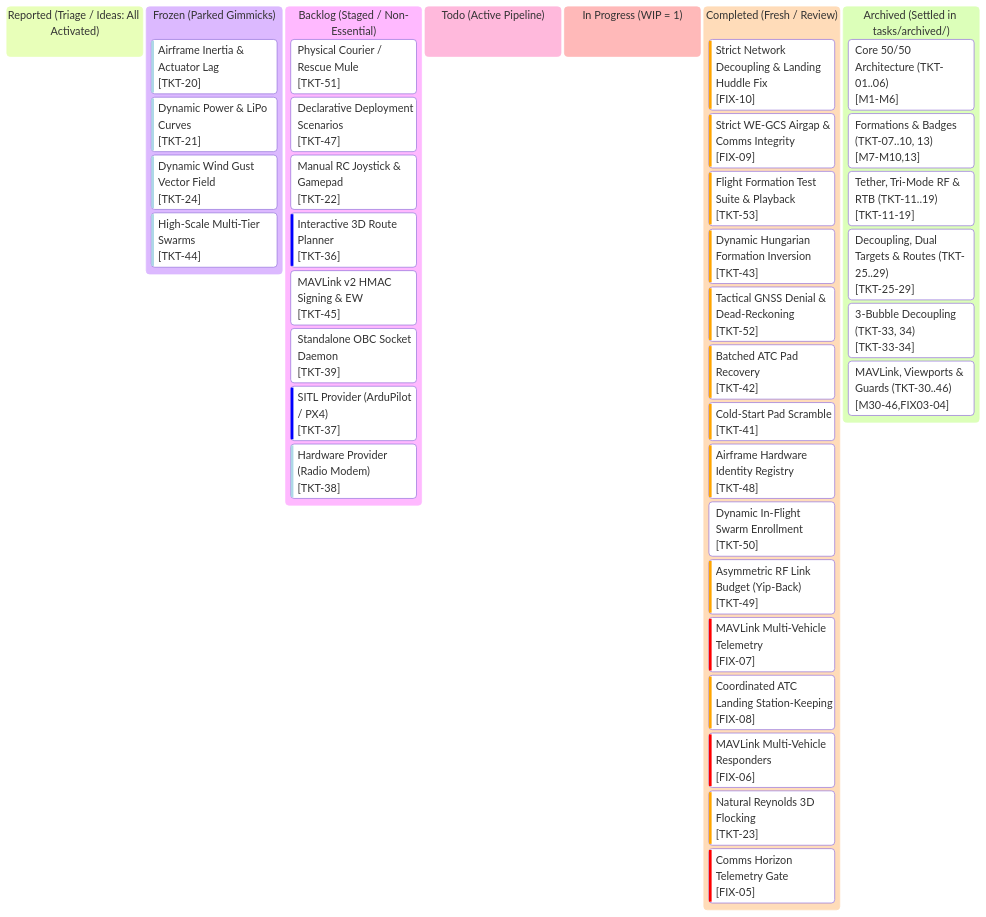
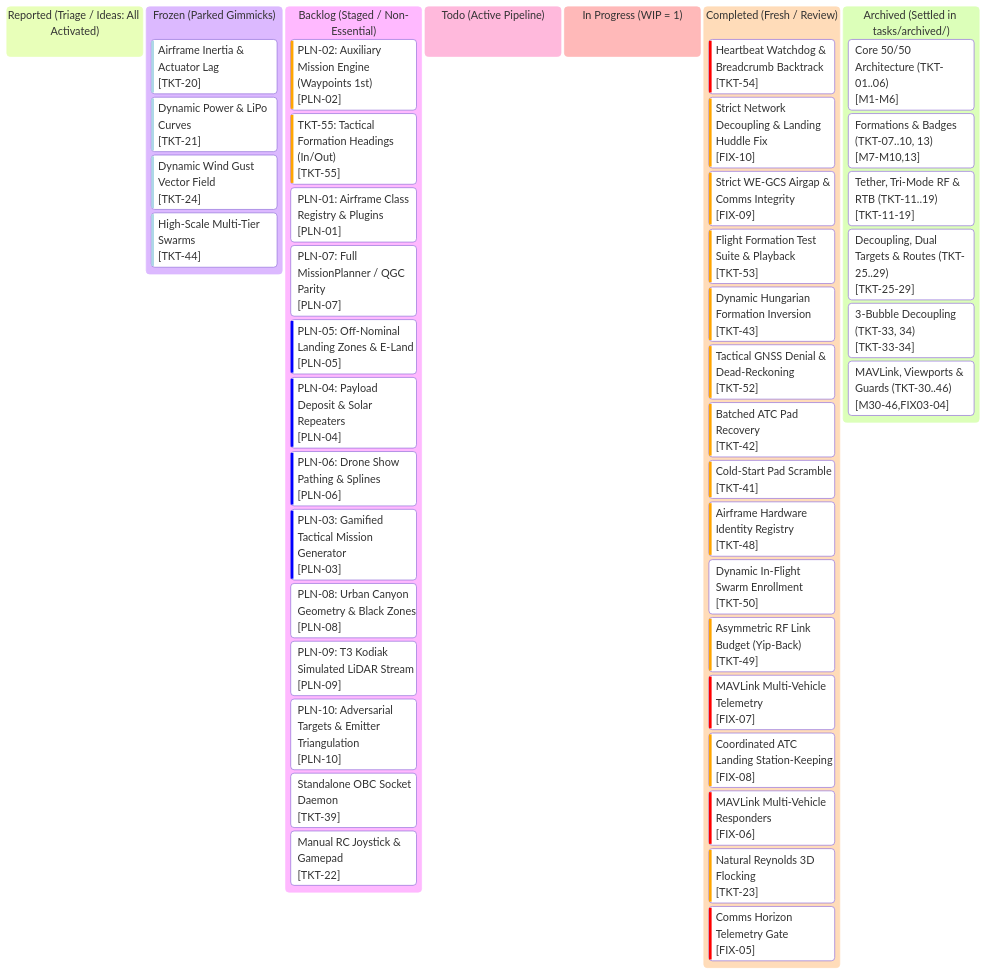
The diagram in kanban.md (AlitheiaDeus/AlitheiaHive), drawn with Mermaid before and after one commit. The commit also changed other lines of this file and 17 other files, not shown here.

First line of the commit message:
feat(tkt-54): implement heartbeat watchdog, breadcrumb backtrack & zero-range peeking purge

````diff
--- a/kanban.md
+++ b/kanban.md
@@ -10,63 +10,70 @@
 ```mermaid
 %%{init: {
   'theme': 'base',
   'themeVariables': {
     'primaryColor': '#0d2235',
     'primaryTextColor': '#d4f4ff',
     'primaryBorderColor': '#00f0ff',
     'lineColor': '#00f0ff',
     'background': '#061019',
     'mainBkg': '#0a1926',
     'secondaryColor': '#081420',
     'secondaryTextColor': '#5a7e96',
     'secondaryBorderColor': '#134e6f',
     'tertiaryColor': '#0e263d',
     'tertiaryTextColor': '#00ffaa',
     'tertiaryBorderColor': '#00ffaa',
     'clusterBkg': '#081420',
     'clusterBorder': '#134e6f',
     'fontFamily': "'JetBrains Mono', 'Courier New', monospace"
   }
 }}%%
 kanban
   reported["Reported (Triage / Ideas: All Activated)"]
   frozen["Frozen (Parked Gimmicks)"]
     tkt20["Airframe Inertia & Actuator Lag"]@{ ticket: '[TKT-20]', priority: 'Very Low' }
     tkt21["Dynamic Power & LiPo Curves"]@{ ticket: '[TKT-21]', priority: 'Very Low' }
     tkt24["Dynamic Wind Gust Vector Field"]@{ ticket: '[TKT-24]', priority: 'Very Low' }
     tkt44["High-Scale Multi-Tier Swarms"]@{ ticket: '[TKT-44]', priority: 'Very Low' }
   backlog["Backlog (Staged / Non-Essential)"]
-    tkt51["Physical Courier / Rescue Mule"]@{ ticket: '[TKT-51]', priority: 'Medium' }
-    tkt47["Declarative Deployment Scenarios"]@{ ticket: '[TKT-47]', priority: 'Medium' }
+    pln02["PLN-02: Auxiliary Mission Engine (Waypoints 1st)"]@{ ticket: '[PLN-02]', priority: 'High' }
+    tkt55["TKT-55: Tactical Formation Headings (In/Out)"]@{ ticket: '[TKT-55]', priority: 'High' }
+    pln01["PLN-01: Airframe Class Registry & Plugins"]@{ ticket: '[PLN-01]', priority: 'Medium' }
+    pln07["PLN-07: Full MissionPlanner / QGC Parity"]@{ ticket: '[PLN-07]', priority: 'Medium' }
+    pln05["PLN-05: Off-Nominal Landing Zones & E-Land"]@{ ticket: '[PLN-05]', priority: 'Low' }
+    pln04["PLN-04: Payload Deposit & Solar Repeaters"]@{ ticket: '[PLN-04]', priority: 'Low' }
+    pln06["PLN-06: Drone Show Pathing & Splines"]@{ ticket: '[PLN-06]', priority: 'Low' }
+    pln03["PLN-03: Gamified Tactical Mission Generator"]@{ ticket: '[PLN-03]', priority: 'Low' }
+    pln08["PLN-08: Urban Canyon Geometry & Black Zones"]@{ ticket: '[PLN-08]', priority: 'Medium' }
+    pln09["PLN-09: T3 Kodiak Simulated LiDAR Stream"]@{ ticket: '[PLN-09]', priority: 'Medium' }
+    pln10["PLN-10: Adversarial Targets & Emitter Triangulation"]@{ ticket: '[PLN-10]', priority: 'Medium' }
+    tkt39["Standalone OBC Socket Daemon"]@{ ticket: '[TKT-39]', priority: 'Medium' }
     tkt22["Manual RC Joystick & Gamepad"]@{ ticket: '[TKT-22]', priority: 'Medium' }
-    tkt36["Interactive 3D Route Planner"]@{ ticket: '[TKT-36]', priority: 'Low' }
-    tkt45["MAVLink v2 HMAC Signing & EW"]@{ ticket: '[TKT-45]', priority: 'Medium' }
-    tkt39["Standalone OBC Socket Daemon"]@{ ticket: '[TKT-39]', priority: 'Medium' }
-    tkt37["SITL Provider (ArduPilot / PX4)"]@{ ticket: '[TKT-37]', priority: 'Low' }
-    tkt38["Hardware Provider (Radio Modem)"]@{ ticket: '[TKT-38]', priority: 'Very Low' }
   todo["Todo (Active Pipeline)"]
   in_progress["In Progress (WIP = 1)"]
+
   completed["Completed (Fresh / Review)"]
+    tkt54["Heartbeat Watchdog & Breadcrumb Backtrack"]@{ ticket: '[TKT-54]', priority: 'Very High' }
     fix10["Strict Network Decoupling & Landing Huddle Fix"]@{ ticket: '[FIX-10]', priority: 'High' }
     fix09["Strict WE-GCS Airgap & Comms Integrity"]@{ ticket: '[FIX-09]', priority: 'High' }
     tkt53["Flight Formation Test Suite & Playback"]@{ ticket: '[TKT-53]', priority: 'High' }
     tkt43["Dynamic Hungarian Formation Inversion"]@{ ticket: '[TKT-43]', priority: 'High' }
     tkt52["Tactical GNSS Denial & Dead-Reckoning"]@{ ticket: '[TKT-52]', priority: 'High' }
     tkt42["Batched ATC Pad Recovery"]@{ ticket: '[TKT-42]', priority: 'High' }
     tkt41["Cold-Start Pad Scramble"]@{ ticket: '[TKT-41]', priority: 'High' }
     tkt48["Airframe Hardware Identity Registry"]@{ ticket: '[TKT-48]', priority: 'High' }
     tkt50["Dynamic In-Flight Swarm Enrollment"]@{ ticket: '[TKT-50]', priority: 'Medium' }
     tkt49["Asymmetric RF Link Budget (Yip-Back)"]@{ ticket: '[TKT-49]', priority: 'High' }
     fix07["MAVLink Multi-Vehicle Telemetry"]@{ ticket: '[FIX-07]', priority: 'Very High' }
     fix08["Coordinated ATC Landing Station-Keeping"]@{ ticket: '[FIX-08]', priority: 'High' }
     fix06["MAVLink Multi-Vehicle Responders"]@{ ticket: '[FIX-06]', priority: 'Very High' }
     tkt23["Natural Reynolds 3D Flocking"]@{ ticket: '[TKT-23]', priority: 'High' }
     fix05["Comms Horizon Telemetry Gate"]@{ ticket: '[FIX-05]', priority: 'Very High' }
   archived["Archived (Settled in tasks/archived/)"]
     arch_m1_6["Core 50/50 Architecture (TKT-01..06)"]@{ ticket: '[M1-M6]' }
     arch_m7_10_13["Formations & Badges (TKT-07..10, 13)"]@{ ticket: '[M7-M10,13]' }
     arch_m11_19["Tether, Tri-Mode RF & RTB (TKT-11..19)"]@{ ticket: '[TKT-11-19]' }
     arch_m25_29["Decoupling, Dual Targets & Routes (TKT-25..29)"]@{ ticket: '[TKT-25-29]' }
     arch_m33_34["3-Bubble Decoupling (TKT-33, 34)"]@{ ticket: '[TKT-33-34]' }
     arch_m30_46["MAVLink, Viewports & Guards (TKT-30..46)"]@{ ticket: '[M30-46,FIX03-04]' }
 ```
````
